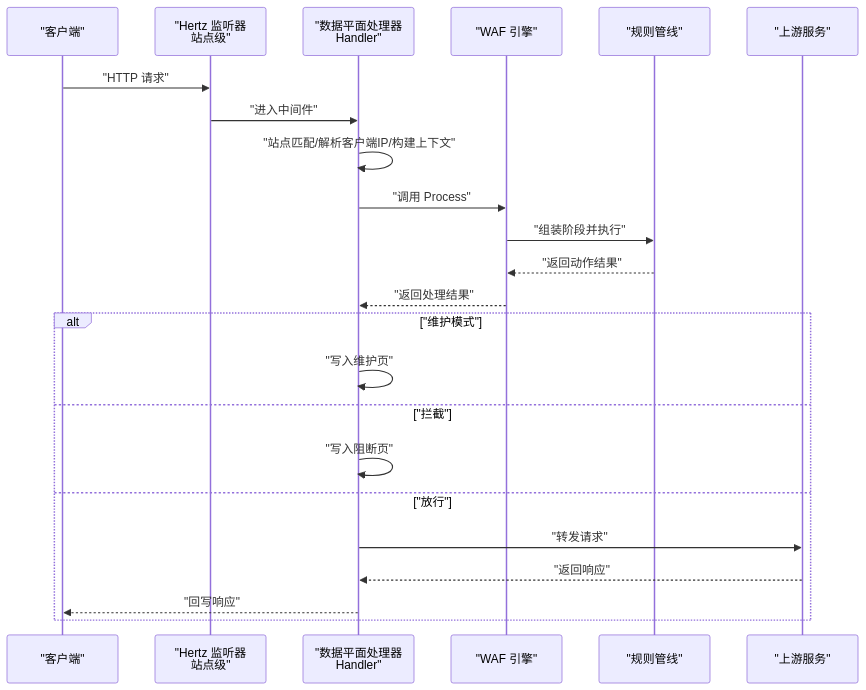
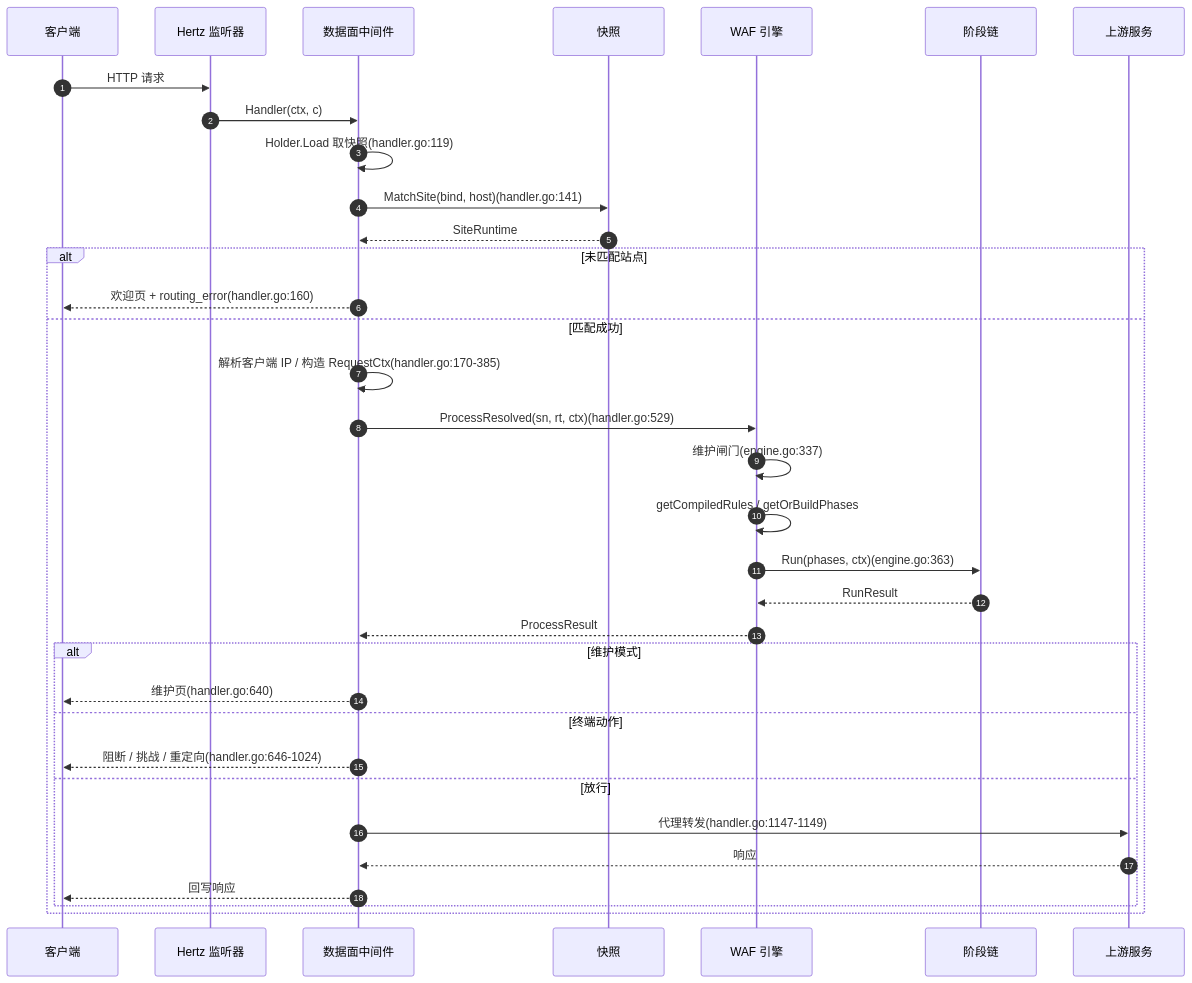
Before and after one commit to x01n/My-OpenWaf: the second of 8 diagrams in docs/WAF 引擎系统/引擎核心架构/请求处理流程.md, drawn with Mermaid. The commit also changed other lines of this file and 622 other files, not shown here.

````diff
--- a/docs/WAF 引擎系统/引擎核心架构/请求处理流程.md
+++ b/docs/WAF 引擎系统/引擎核心架构/请求处理流程.md
@@ -70,25 +114,36 @@
 ```mermaid
 sequenceDiagram
-participant Client as "客户端"
-participant Hertz as "Hertz 监听器<br/>站点级"
-participant DP as "数据平面处理器<br/>Handler"
-participant Eng as "WAF 引擎"
-participant Pipe as "规则管线"
-participant Up as "上游服务"
-Client->>Hertz : "HTTP 请求"
-Hertz->>DP : "进入中间件"
-DP->>DP : "站点匹配/解析客户端IP/构建上下文"
-DP->>Eng : "调用 Process"
-Eng->>Pipe : "组装阶段并执行"
-Pipe-->>Eng : "返回动作结果"
-Eng-->>DP : "返回处理结果"
-alt "维护模式"
-DP->>DP : "写入维护页"
-else "拦截"
-DP->>DP : "写入阻断页"
-else "放行"
-DP->>Up : "转发请求"
-Up-->>DP : "返回响应"
-DP-->>Client : "回写响应"
+autonumber
+participant Client as 客户端
+participant HZ as Hertz 监听器
+participant DP as 数据面中间件
+participant SN as 快照
+participant ENG as WAF 引擎
+participant Pipe as 阶段链
+participant Up as 上游服务
+Client->>HZ : HTTP 请求
+HZ->>DP : Handler(ctx, c)
+DP->>DP : Holder.Load 取快照(handler.go:119)
+DP->>SN : MatchSite(bind, host)(handler.go:141)
+SN-->>DP : SiteRuntime
+alt 未匹配站点
+DP-->>Client : 欢迎页 + routing_error(handler.go:160)
+else 匹配成功
+DP->>DP : 解析客户端 IP / 构造 RequestCtx(handler.go:170-385)
+DP->>ENG : ProcessResolved(sn, rt, ctx)(handler.go:529)
+ENG->>ENG : 维护闸门(engine.go:337)
+ENG->>ENG : getCompiledRules / getOrBuildPhases
+ENG->>Pipe : Run(phases, ctx)(engine.go:363)
+Pipe-->>ENG : RunResult
+ENG-->>DP : ProcessResult
+alt 维护模式
+DP-->>Client : 维护页(handler.go:640)
+else 终端动作
+DP-->>Client : 阻断 / 挑战 / 重定向(handler.go:646-1024)
+else 放行
+DP->>Up : 代理转发(handler.go:1147-1149)
+Up-->>DP : 响应
+DP-->>Client : 回写响应
+end
 end
 ```
````
